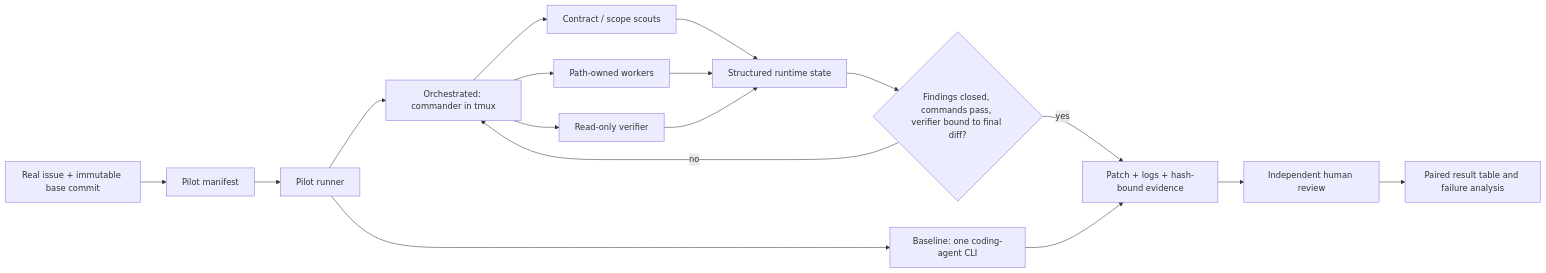
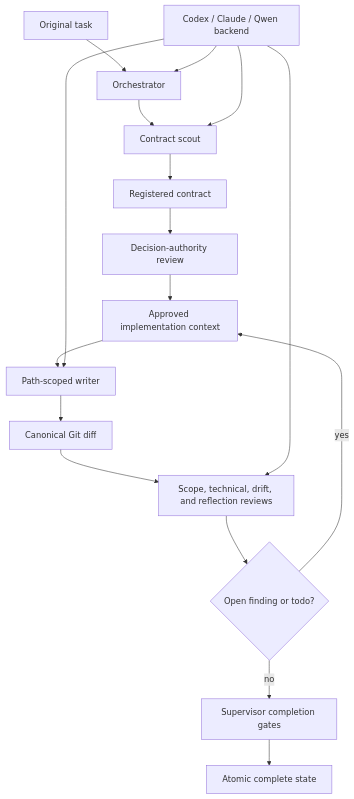
One commit to areshand/multiagent changed the diagram in docs/architecture.md. Above: the diagram before and after it, drawn with Mermaid. The commit also changed other lines of this file and 38 other files, not shown here.

Commit message:
Refactor multiagent authority and coding-agent runtime into Rust (#9)

````diff
--- a/docs/architecture.md
+++ b/docs/architecture.md
@@ -7,19 +16,20 @@
 ```mermaid
-flowchart LR
-    U["Real issue + immutable base commit"] --> P["Pilot manifest"]
-    P --> R["Pilot runner"]
-    R --> B["Baseline: one coding-agent CLI"]
-    R --> O["Orchestrated: commander in tmux"]
-    O --> C["Contract / scope scouts"]
-    O --> W["Path-owned workers"]
-    O --> V["Read-only verifier"]
-    C --> S["Structured runtime state"]
-    W --> S
-    V --> S
-    S --> G{"Findings closed, commands pass, verifier bound to final diff?"}
-    G -->|no| O
-    G -->|yes| E["Patch + logs + hash-bound evidence"]
-    B --> E
-    E --> H["Independent human review"]
-    H --> Q["Paired result table and failure analysis"]
+flowchart TD
+    U["Original task"] --> O["Orchestrator"]
+    O --> SC["Contract scout"]
+    SC --> C["Registered contract"]
+    C --> AR["Decision-authority review"]
+    AR --> P["Approved implementation context"]
+    P --> W["Path-scoped writer"]
+    W --> D["Canonical Git diff"]
+    D --> R["Scope, technical, drift, and reflection reviews"]
+    R --> F{"Open finding or todo?"}
+    F -- yes --> P
+    F -- no --> G["Supervisor completion gates"]
+    G --> X["Atomic complete state"]
+
+    B["Codex / Claude / Qwen backend"] --> W
+    B --> O
+    B --> SC
+    B --> R
 ```
````
